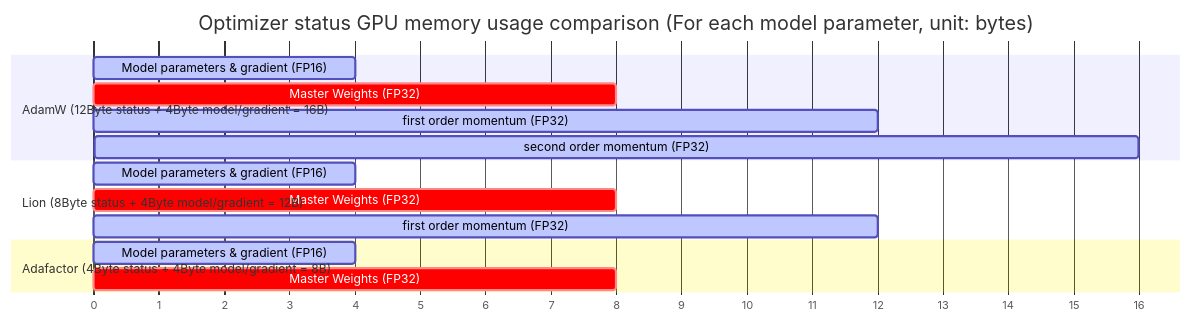
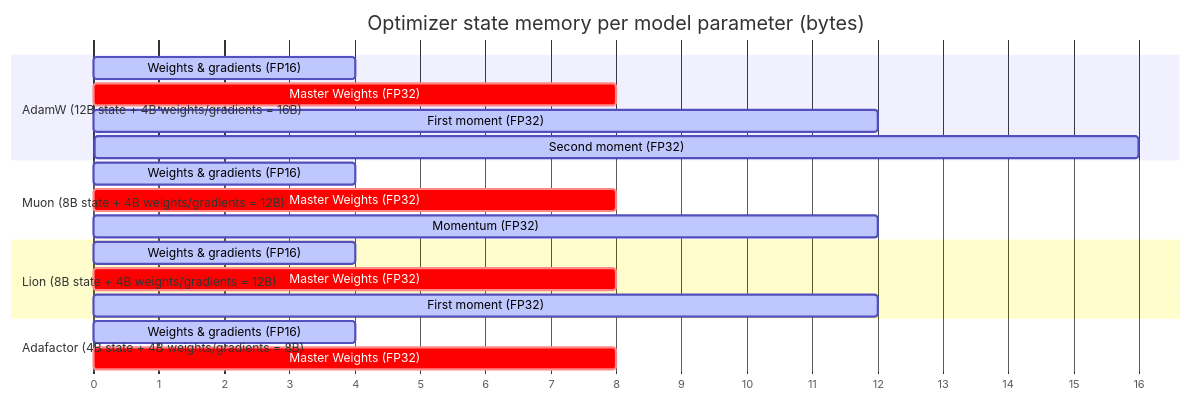
Diagram 15 of 28 in _translations/en/research/LLM-Training-Survey.md (TingdeLiu/tingdeliu.github.io), drawn with Mermaid before and after one commit. The commit also changed other lines of this file and 2 other files, not shown here.

````diff
--- a/_translations/en/research/LLM-Training-Survey.md
+++ b/_translations/en/research/LLM-Training-Survey.md
@@ -2833,21 +2952,26 @@
 ```mermaid
 gantt
-    title Optimizer status GPU memory usage comparison (For each model parameter, unit: bytes)
+    title Optimizer state memory per model parameter (bytes)
     dateFormat  X
     axisFormat %s
 
-    section AdamW (12Byte status + 4Byte model/gradient = 16B)
-    Model parameters & gradient (FP16) :active, 0, 4
+    section AdamW (12B state + 4B weights/gradients = 16B)
+    Weights & gradients (FP16) :active, 0, 4
     Master Weights (FP32) :crit, 4, 8
-    first order momentum (FP32) :active, 8, 12
-    second order momentum (FP32) :active, 12, 16
+    First moment (FP32) :active, 8, 12
+    Second moment (FP32) :active, 12, 16
 
-    section Lion (8Byte status + 4Byte model/gradient = 12B)
-    Model parameters & gradient (FP16) :active, 0, 4
+    section Muon (8B state + 4B weights/gradients = 12B)
+    Weights & gradients (FP16) :active, 0, 4
     Master Weights (FP32) :crit, 4, 8
-    first order momentum (FP32) :active, 8, 12
+    Momentum (FP32) :active, 8, 12
 
-    section Adafactor (4Byte status + 4Byte model/gradient = 8B)
-    Model parameters & gradient (FP16) :active, 0, 4
+    section Lion (8B state + 4B weights/gradients = 12B)
+    Weights & gradients (FP16) :active, 0, 4
+    Master Weights (FP32) :crit, 4, 8
+    First moment (FP32) :active, 8, 12
+
+    section Adafactor (4B state + 4B weights/gradients = 8B)
+    Weights & gradients (FP16) :active, 0, 4
     Master Weights (FP32) :crit, 4, 8
 ```
````
